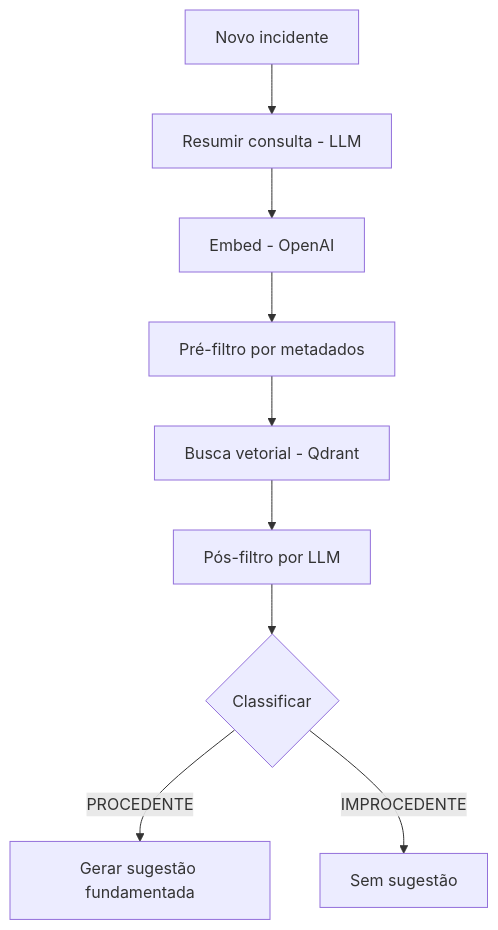
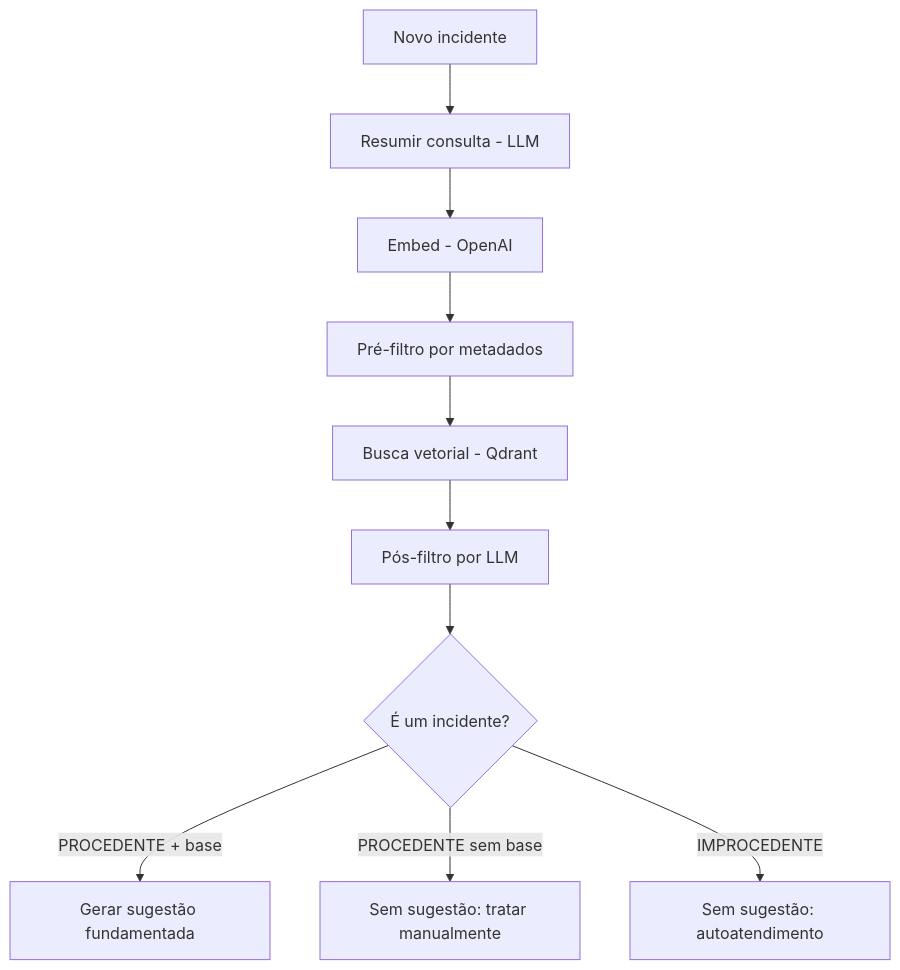
The second of 2 diagrams in docs/architecture.md (johnlaff/incident-sense), drawn with Mermaid before and after one commit. The commit also changed 26 other files, not shown here.

````diff
--- a/docs/architecture.md
+++ b/docs/architecture.md
@@ -54,11 +54,12 @@
 ```mermaid
 flowchart TD
     A[Novo incidente] --> B[Resumir consulta - LLM]
     B --> C[Embed - OpenAI]
     C --> D[Pré-filtro por metadados]
     D --> E[Busca vetorial - Qdrant]
     E --> F[Pós-filtro por LLM]
-    F --> G{Classificar}
-    G -- PROCEDENTE --> H[Gerar sugestão fundamentada]
-    G -- IMPROCEDENTE --> I[Sem sugestão]
+    F --> G{É um incidente?}
+    G -- PROCEDENTE + base --> H[Gerar sugestão fundamentada]
+    G -- PROCEDENTE sem base --> J[Sem sugestão: tratar manualmente]
+    G -- IMPROCEDENTE --> I[Sem sugestão: autoatendimento]
 ```
````
